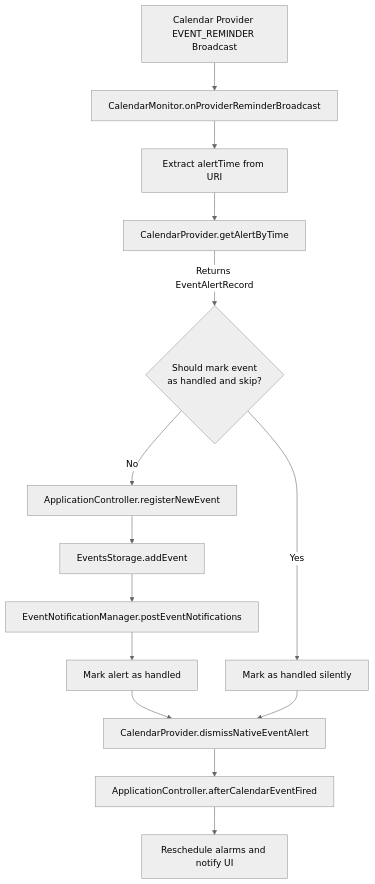
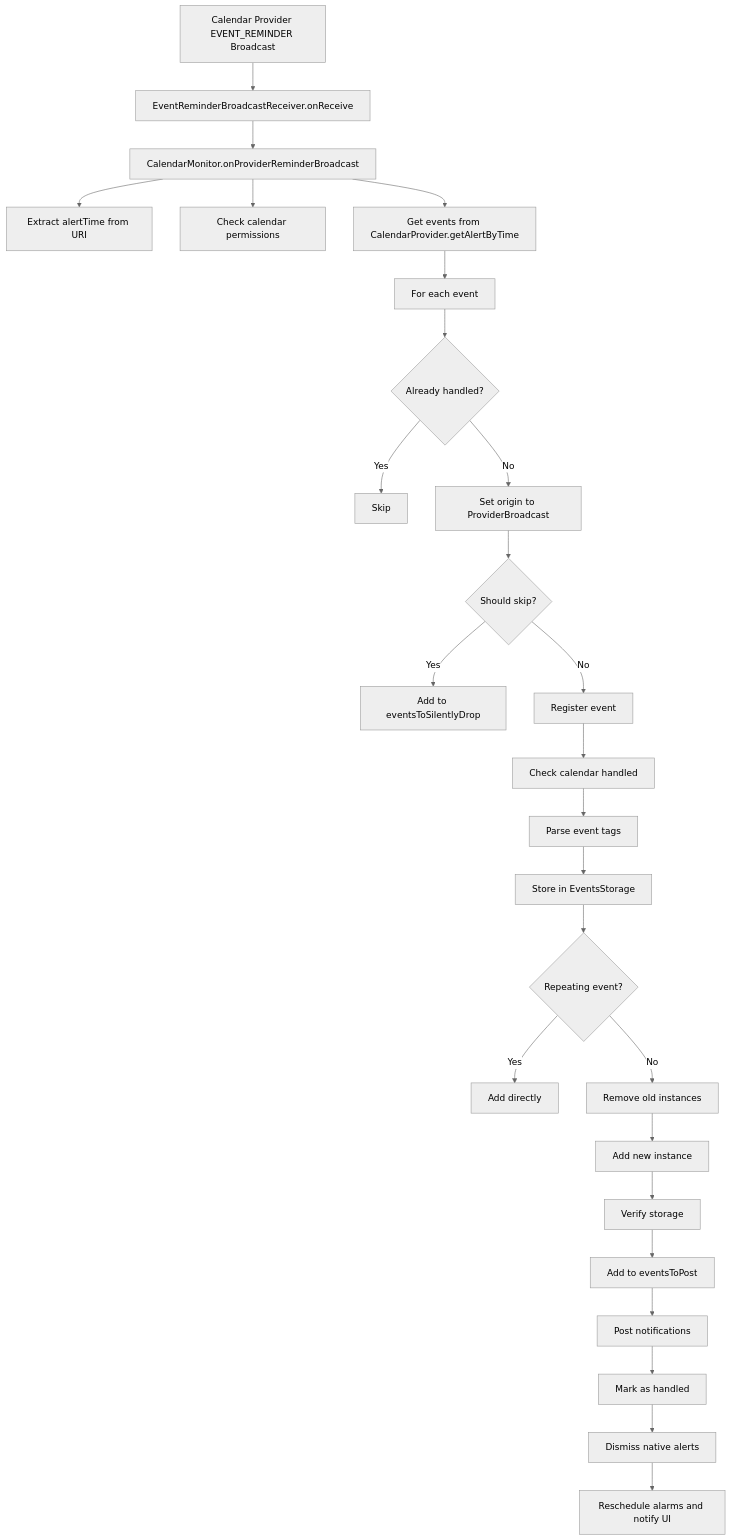
One commit to williscool/CalendarNotification changed the first of 2 diagrams in docs/calendar_monitoring.md. Above: the diagram before and after it, drawn with Mermaid (neutral theme). The commit also changed other lines of this file, not shown here.

Commit message:
docs: more through android.intent.action.EVENT_REMINDER flow docs

````diff
--- a/docs/calendar_monitoring.md
+++ b/docs/calendar_monitoring.md
@@ -48,23 +54,35 @@
 ``` mermaid
 flowchart TD
-    A[Calendar Provider EVENT_REMINDER Broadcast] --> B[CalendarMonitor.onProviderReminderBroadcast]
+    A[Calendar Provider EVENT_REMINDER Broadcast] --> B[EventReminderBroadcastReceiver.onReceive]
+    B --> C[CalendarMonitor.onProviderReminderBroadcast]
     
-    B --> C[Extract alertTime from URI]
+    C --> D[Extract alertTime from URI]
+    C --> E[Check calendar permissions]
+    C --> F[Get events from CalendarProvider.getAlertByTime]
     
-    C --> D[CalendarProvider.getAlertByTime]
-    D -->|Returns EventAlertRecord| E{Should mark event<br/>as handled and skip?}
+    F --> G[For each event]
+    G --> H{Already handled?}
+    H -->|Yes| I[Skip]
+    H -->|No| J[Set origin to ProviderBroadcast]
     
-    E -->|No| F[ApplicationController.registerNewEvent]
-    F --> G[EventsStorage.addEvent]
+    J --> K{Should skip?}
+    K -->|Yes| L[Add to eventsToSilentlyDrop]
+    K -->|No| M[Register event]
     
-    G --> H[EventNotificationManager.postEventNotifications]
+    M --> N[Check calendar handled]
+    N --> O[Parse event tags]
+    O --> P[Store in EventsStorage]
     
-    H --> I[Mark alert as handled]
-    I --> J[CalendarProvider.dismissNativeEventAlert]
+    P --> Q{Repeating event?}
+    Q -->|Yes| R[Add directly]
+    Q -->|No| S[Remove old instances]
+    S --> T[Add new instance]
     
-    J --> K[ApplicationController.afterCalendarEventFired]
-    K --> L[Reschedule alarms and notify UI]
-
-    E -->|Yes| M[Mark as handled silently]
-    M --> J
+    T --> U[Verify storage]
+    U --> V[Add to eventsToPost]
+    
+    V --> W[Post notifications]
+    W --> X[Mark as handled]
+    X --> Y[Dismiss native alerts]
+    Y --> Z[Reschedule alarms and notify UI]
 ```
````
